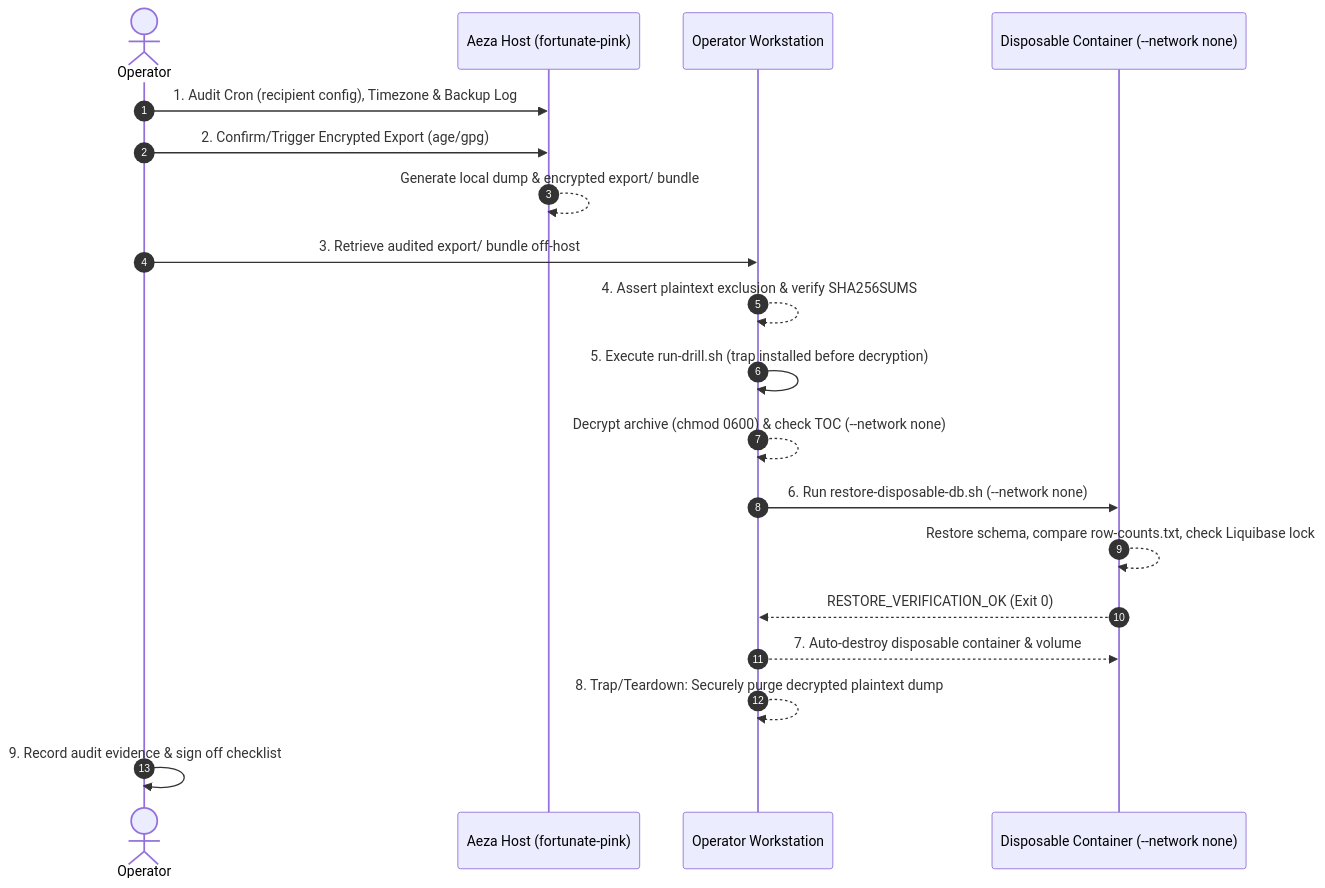
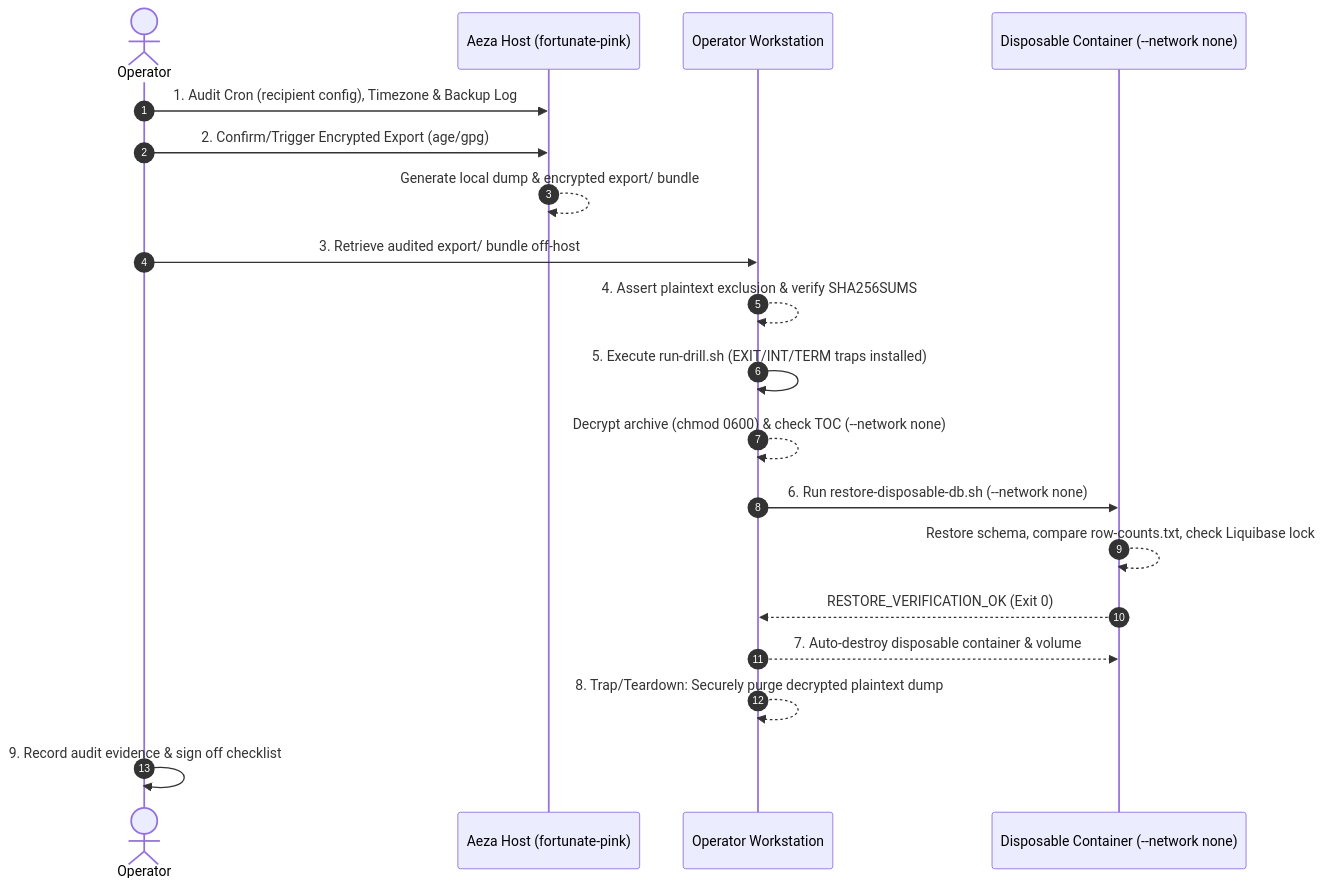
The diagram in docs/backup-restore-drill-runbook.md (larchanka-training/dmc-1-t2-notebook-mono), drawn with Mermaid before and after one commit. The commit also changed other lines of this file, not shown here.

Commit message:
docs(ops): resolve re-review finding RR1 with signal-safe traps and checklist log evidence

````diff
--- a/docs/backup-restore-drill-runbook.md
+++ b/docs/backup-restore-drill-runbook.md
@@ -65,22 +65,22 @@
 ```mermaid
 sequenceDiagram
     autonumber
     actor Operator
     participant Aeza as Aeza Host (fortunate-pink)
     participant Workstation as Operator Workstation
     participant Disposable as Disposable Container (--network none)
 
     Operator->>Aeza: 1. Audit Cron (recipient config), Timezone & Backup Log
     Operator->>Aeza: 2. Confirm/Trigger Encrypted Export (age/gpg)
     Aeza-->>Aeza: Generate local dump & encrypted export/ bundle
     Operator->>Workstation: 3. Retrieve audited export/ bundle off-host
     Workstation-->>Workstation: 4. Assert plaintext exclusion & verify SHA256SUMS
-    Workstation->>Workstation: 5. Execute run-drill.sh (trap installed before decryption)
+    Workstation->>Workstation: 5. Execute run-drill.sh (EXIT/INT/TERM traps installed)
     Workstation-->>Workstation: Decrypt archive (chmod 0600) & check TOC (--network none)
     Workstation->>Disposable: 6. Run restore-disposable-db.sh (--network none)
     Disposable-->>Disposable: Restore schema, compare row-counts.txt, check Liquibase lock
     Disposable-->>Workstation: RESTORE_VERIFICATION_OK (Exit 0)
     Workstation-->>Disposable: 7. Auto-destroy disposable container & volume
     Workstation-->>Workstation: 8. Trap/Teardown: Securely purge decrypted plaintext dump
     Operator->>Operator: 9. Record audit evidence & sign off checklist
 ```
````
